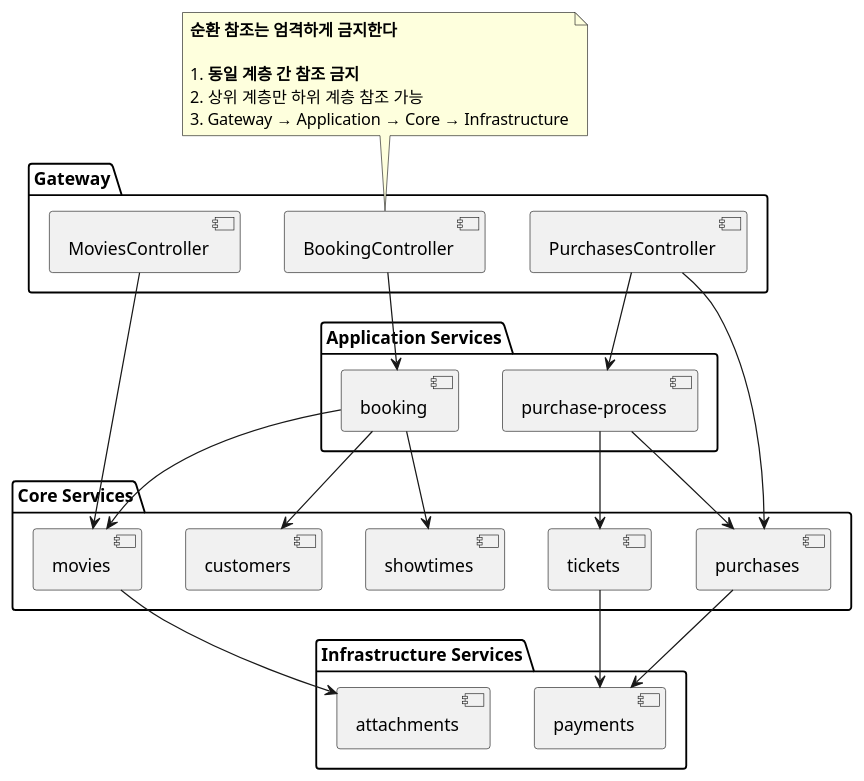
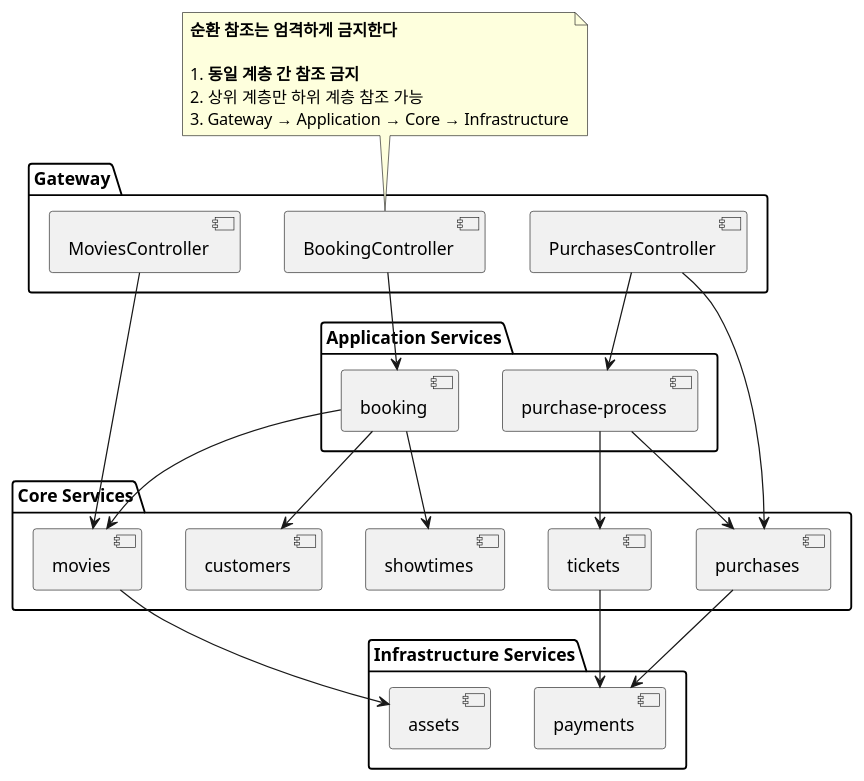
Before and after one commit to mannercode/nest-seed: the first of 2 diagrams in docs/ko/guides/design.guide.md, drawn with PlantUML. The commit also changed 51 other files, not shown here.

````diff
--- a/docs/ko/guides/design.guide.md
+++ b/docs/ko/guides/design.guide.md
@@ -5,52 +5,52 @@
 ```plantuml
 @startuml
 package "Gateway" {
   [MoviesController]
   [BookingController]
   [PurchasesController]
 }
 
 package "Application Services" {
   [booking]
   ["purchase-process"]
 }
 
 package "Core Services" {
   [movies]
   [customers]
   [showtimes]
   [purchases]
   [tickets]
 }
 
 package "Infrastructure Services" {
   [payments]
-  ["attachments"]
+  ["assets"]
 }
 
 [MoviesController] --> [movies]
 [BookingController] --> [booking]
 [PurchasesController] --> ["purchase-process"]
 [PurchasesController] --> [purchases]
 
 [booking] --> [customers]
 [booking] --> [showtimes]
 [booking] --> [movies]
 
 ["purchase-process"] --> [purchases]
 ["purchase-process"] --> [tickets]
 
-[movies] --> ["attachments"]
+[movies] --> ["assets"]
 [purchases] --> [payments]
 [tickets] --> [payments]
 
 note top of [BookingController]
 **순환 참조는 엄격하게 금지한다**
 
 1. **동일 계층 간 참조 금지**
 2. 상위 계층만 하위 계층 참조 가능
 3. Gateway → Application → Core → Infrastructure
 end note
 
 @enduml
 ```
````
